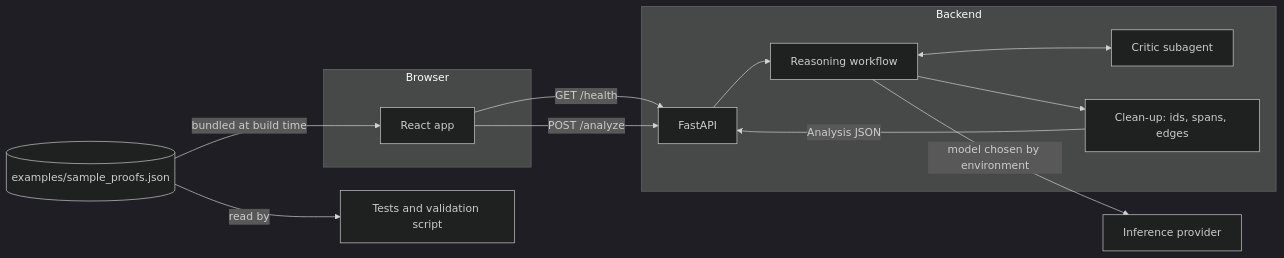
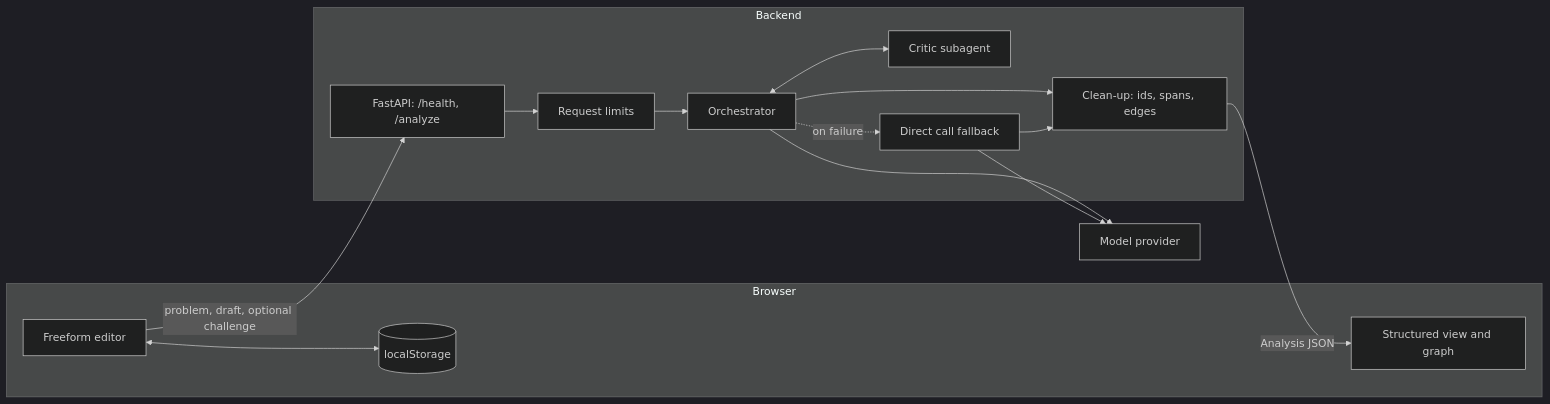
One commit to bvazrala/Hetu changed the diagram in README.md. Above: the diagram before and after it, drawn with Mermaid (dark theme). The commit also changed other lines of this file and 39 other files, not shown here.

Commit message:
Add reasoning graph, revise and challenge actions, and reliability fixes

````diff
--- a/README.md
+++ b/README.md
@@ -85,25 +57,28 @@
 ```mermaid
 flowchart LR
     subgraph Browser
-        UI[React app]
+        ED[Freeform editor]
+        SV[Structured view and graph]
+        LS[(localStorage)]
     end
     subgraph Backend
-        API[FastAPI]
-        WF[Reasoning workflow]
+        API["FastAPI: /health, /analyze"]
+        LIM[Request limits]
+        ORC[Orchestrator]
         CR[Critic subagent]
+        DIR[Direct call fallback]
         CL["Clean-up: ids, spans, edges"]
     end
-    FX[("examples/sample_proofs.json")]
-    TS[Tests and validation script]
-    PR[Inference provider]
+    PR[Model provider]
 
-    FX -->|"bundled at build time"| UI
-    FX -->|"read by"| TS
-    UI -->|"GET /health"| API
-    UI -->|"POST /analyze"| API
-    API --> WF
-    WF <--> CR
-    WF -->|"model chosen by environment"| PR
-    WF --> CL
-    CL -->|"Analysis JSON"| API
+    ED <--> LS
+    ED -->|"problem, draft, optional challenge"| API
+    API --> LIM --> ORC
+    ORC <--> CR
+    ORC -.->|"on failure"| DIR
+    ORC --> PR
+    DIR --> PR
+    ORC --> CL
+    DIR --> CL
+    CL -->|"Analysis JSON"| SV
 ```
````
